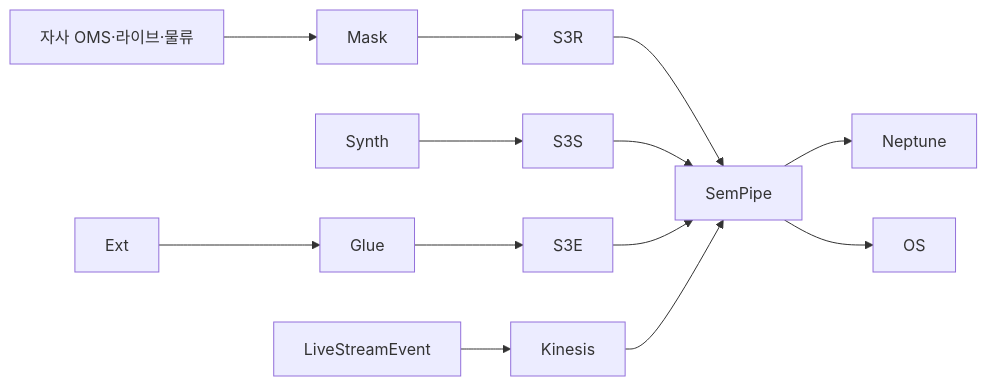
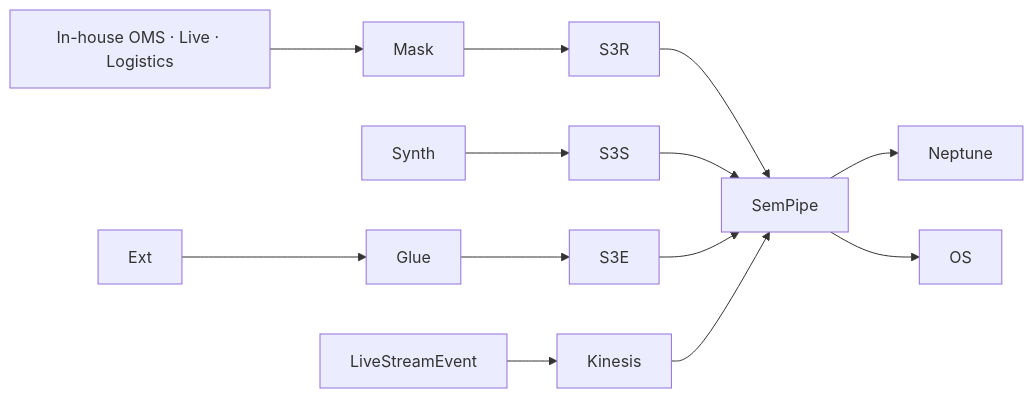
The diagram in docs/industry-solutions/retail/momo-ecommerce/04-data-sources.md (devfloor9/engineering-playbook), drawn with Mermaid before and after one commit. The commit also changed other lines of this file and 954 other files, not shown here.

````diff
--- a/docs/industry-solutions/retail/momo-ecommerce/04-data-sources.md
+++ b/docs/industry-solutions/retail/momo-ecommerce/04-data-sources.md
@@ -77,8 +77,8 @@
 ```mermaid
 graph LR
-    Src[자사 OMS·라이브·물류] --> Mask --> S3R
+    Src[In-house OMS · Live · Logistics] --> Mask --> S3R
     Synth --> S3S
     Ext --> Glue --> S3E
     S3R & S3S & S3E --> SemPipe --> Neptune & OS
     LiveStreamEvent --> Kinesis --> SemPipe
 ```
````
